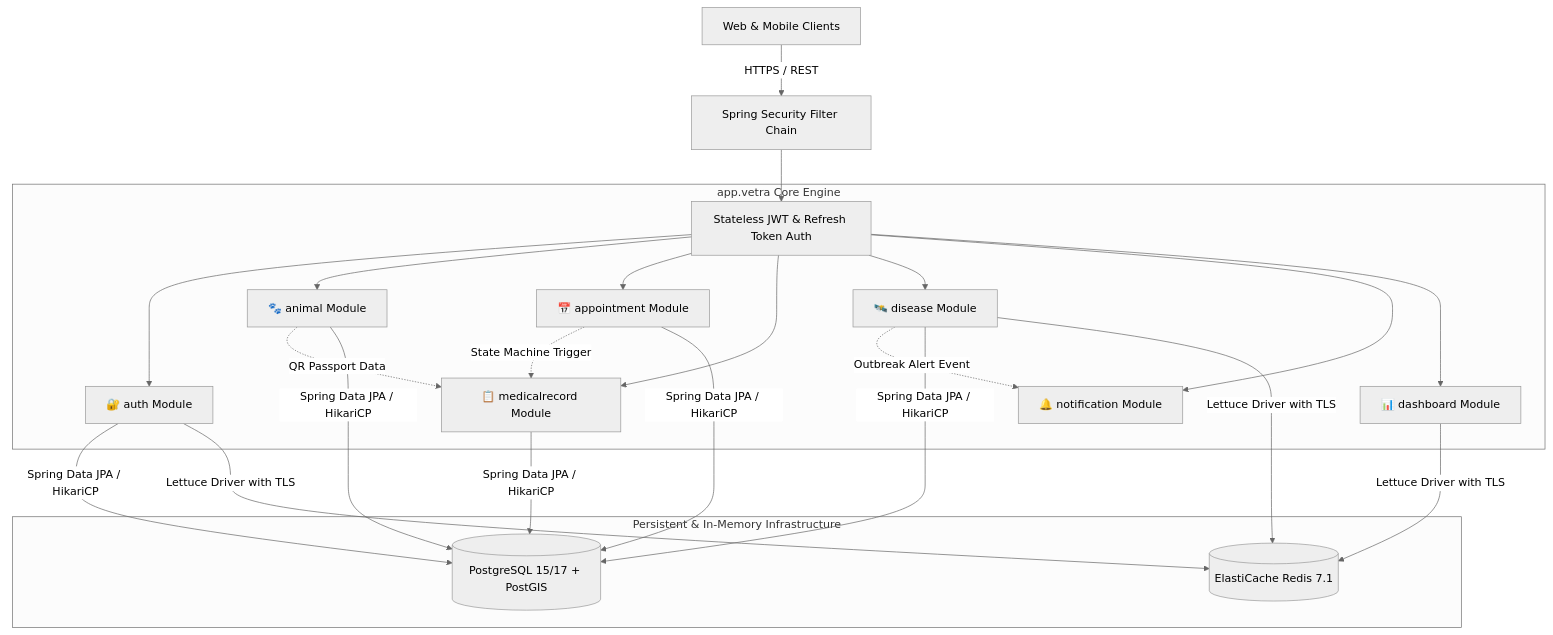
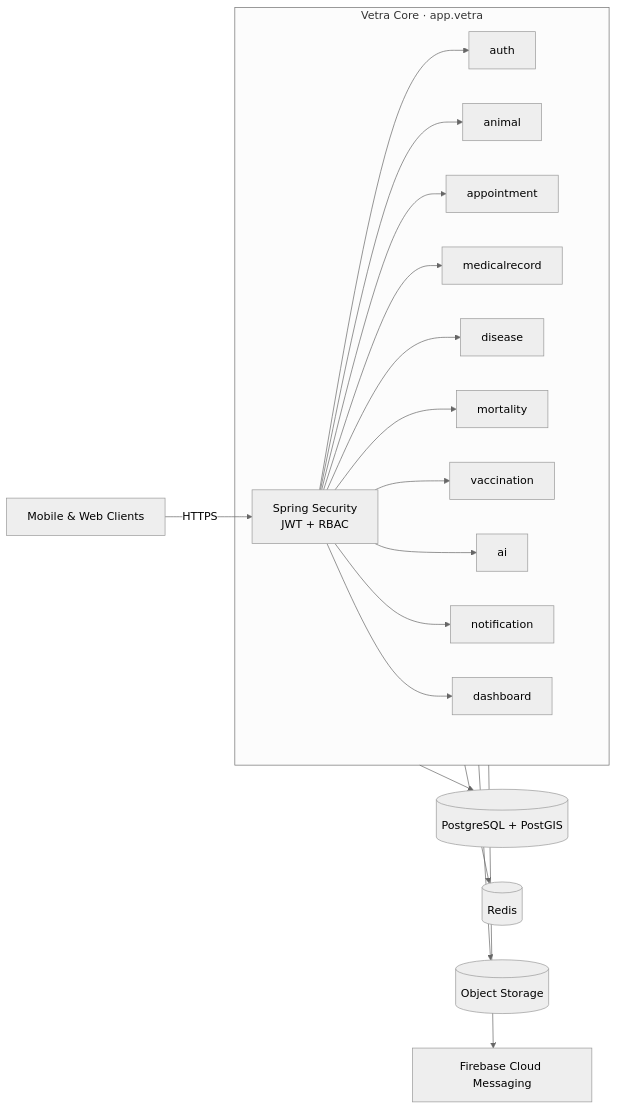
The first of 2 diagrams in README.md (omrajput14/vetra-backend), drawn with Mermaid (neutral theme) before and after one commit. The commit also changed other lines of this file, not shown here.

````diff
--- a/README.md
+++ b/README.md
@@ -49,24 +51,15 @@
 ```mermaid
-graph TD
-    Client[Web & Mobile Clients] -->|HTTPS / REST| Ingress[Spring Security Filter Chain]
-    Ingress --> JWT[Stateless JWT & Refresh Token Auth]
-    
-    subgraph Modular Monolith Runtime ["app.vetra Core Engine"]
-        JWT --> AuthModule[🔐 auth Module]
-        JWT --> AnimalModule[🐾 animal Module]
-        JWT --> ApptModule[📅 appointment Module]
-        JWT --> MedRecModule[📋 medicalrecord Module]
-        JWT --> DiseaseModule[🛰️ disease Module]
-        JWT --> NotifModule[🔔 notification Module]
-        JWT --> DashModule[📊 dashboard Module]
+graph LR
+    Client["Mobile & Web Clients"] -->|HTTPS| API["Spring Security<br/>JWT + RBAC"]
 
-        ApptModule -.->|State Machine Trigger| MedRecModule
-        DiseaseModule -.->|Outbreak Alert Event| NotifModule
-        AnimalModule -.->|QR Passport Data| MedRecModule
+    subgraph Core ["Vetra Core · app.vetra"]
+        API --> auth & animal & appointment & medicalrecord
+        API --> disease & mortality & vaccination
+        API --> ai & notification & dashboard
     end
 
-    subgraph Data & Cache Tier ["Persistent & In-Memory Infrastructure"]
-        AuthModule & AnimalModule & ApptModule & MedRecModule & DiseaseModule -->|Spring Data JPA / HikariCP| Postgres[(PostgreSQL 15/17 + PostGIS)]
-        AuthModule & DashModule & DiseaseModule -->|Lettuce Driver with TLS| Redis[(ElastiCache Redis 7.1)]
-    end
+    Core --> PG[("PostgreSQL + PostGIS")]
+    Core --> RD[("Redis")]
+    Core --> S3[("Object Storage")]
+    Core --> FCM["Firebase Cloud Messaging"]
 ```
````
